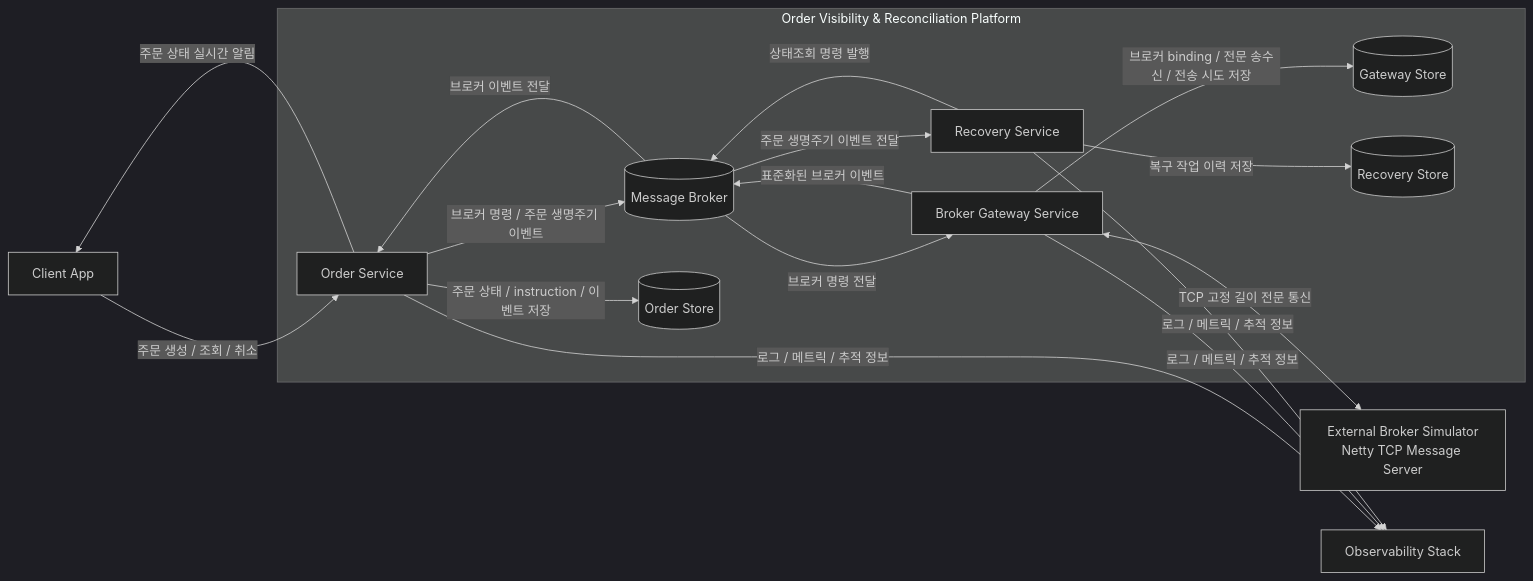
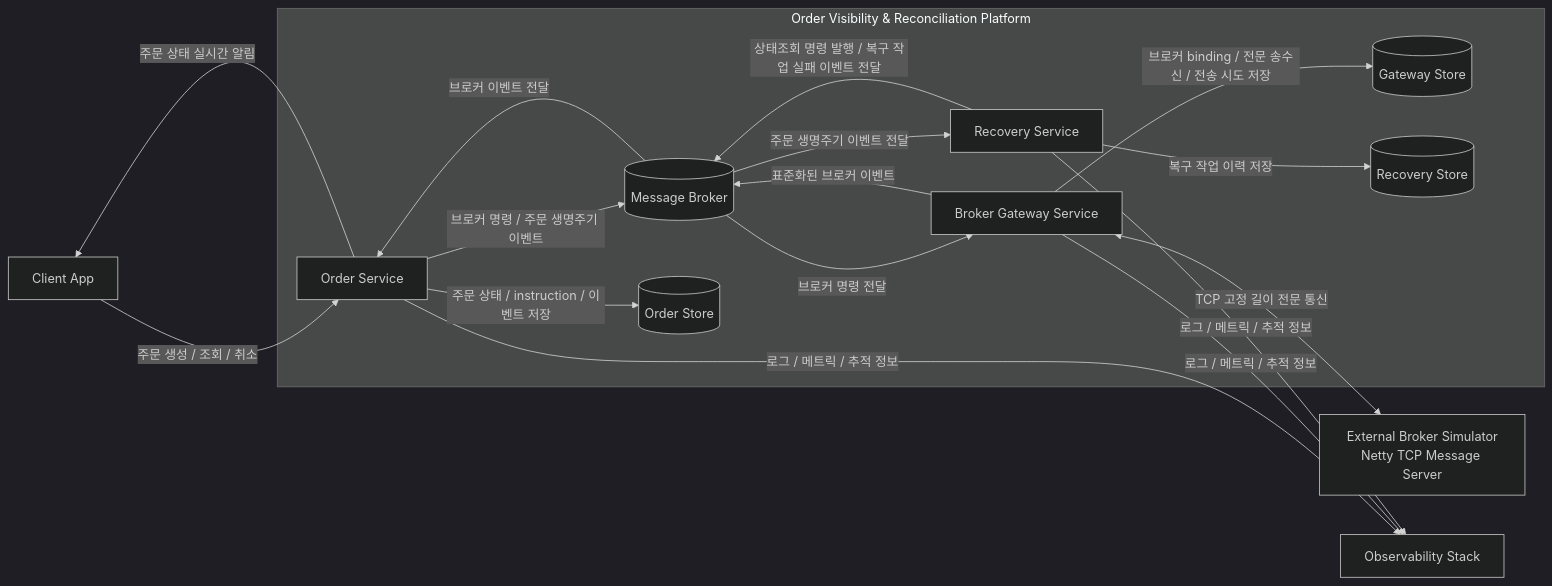
The first of 6 diagrams in docs/07-architecture-overview.md (f-lab-edu/trading-order-reliability-lab), drawn with Mermaid (dark theme) before and after one commit. The commit also changed other lines of this file and 5 other files, not shown here.

````diff
--- a/docs/07-architecture-overview.md
+++ b/docs/07-architecture-overview.md
@@ -66,41 +66,41 @@
 ```mermaid
 flowchart LR
     Client[Client App]
 
     subgraph Platform[Order Visibility & Reconciliation Platform]
         OS[Order Service]
         BG[Broker Gateway Service]
         RS[Recovery Service]
 
         MB[(Message Broker)]
 
         OStore[(Order Store)]
         GStore[(Gateway Store)]
         RStore[(Recovery Store)]
     end
 
     Broker[External Broker Simulator<br/>Netty TCP Message Server]
     Obs[Observability Stack]
 
     Client -->|주문 생성 / 조회 / 취소| OS
     OS -->|주문 상태 실시간 알림| Client
 
     OS -->|주문 상태 / instruction / 이벤트 저장| OStore
     BG -->|브로커 binding / 전문 송수신 / 전송 시도 저장| GStore
     RS -->|복구 작업 이력 저장| RStore
 
     OS -->|브로커 명령 / 주문 생명주기 이벤트| MB
     MB -->|브로커 명령 전달| BG
 
     BG -->|표준화된 브로커 이벤트| MB
     MB -->|브로커 이벤트 전달| OS
 
     MB -->|주문 생명주기 이벤트 전달| RS
-    RS -->|상태조회 명령 발행| MB
+    RS -->|상태조회 명령 발행 / 복구 작업 실패 이벤트 전달| MB
 
     BG <-->|TCP 고정 길이 전문 통신| Broker
 
     OS -->|로그 / 메트릭 / 추적 정보| Obs
     BG -->|로그 / 메트릭 / 추적 정보| Obs
     RS -->|로그 / 메트릭 / 추적 정보| Obs
 ```
````
